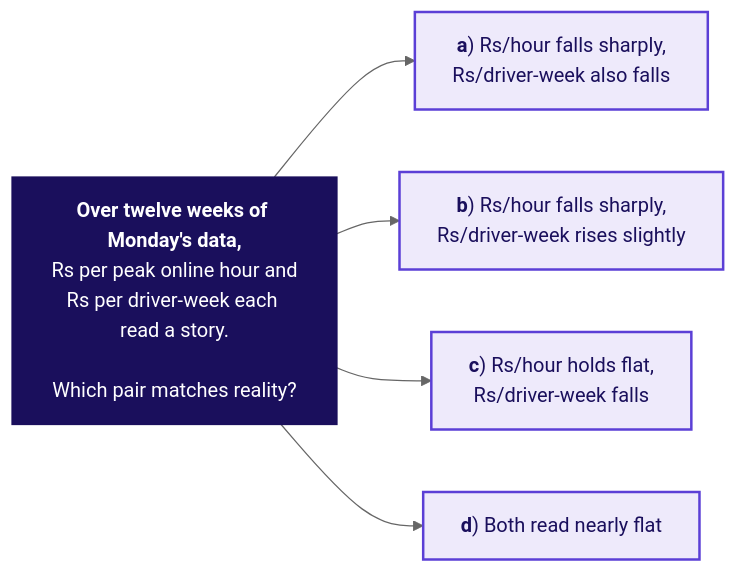
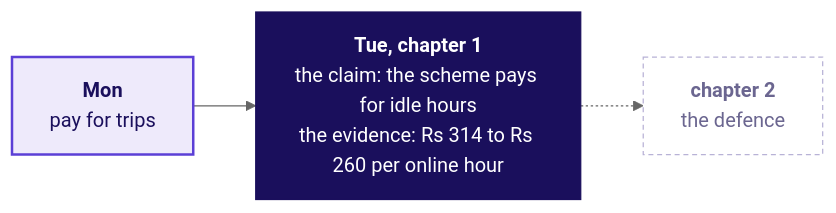
One commit to fde-academy-lab/c2-content-factory changed the third of 5 diagrams in content/W04/D2/slides/C2_W04_D02_half1_STUDENT.md. Above: the diagram before and after it, drawn with Mermaid (neutral theme). The commit also changed other lines of this file and 8 other files, not shown here.

````diff
--- a/content/W04/D2/slides/C2_W04_D02_half1_STUDENT.md
+++ b/content/W04/D2/slides/C2_W04_D02_half1_STUDENT.md
@@ -253,16 +398,11 @@
 ```mermaid
 flowchart LR
-    A["<b>Over twelve weeks of Monday's data,</b><br/>Rs per peak online hour and<br/>Rs per driver-week each read a story.<br/><br/>Which pair matches reality?"]
-    B["<b>a</b>) Rs/hour falls sharply,<br/>Rs/driver-week also falls"]
-    C["<b>b</b>) Rs/hour falls sharply,<br/>Rs/driver-week rises slightly"]
-    D["<b>c</b>) Rs/hour holds flat,<br/>Rs/driver-week falls"]
-    E["<b>d</b>) Both read nearly flat"]
-    A --> B
-    A --> C
-    A --> D
-    A --> E
+    M["<b>Mon</b><br/>pay for trips"] --> T["<b>Tue, chapter 1</b><br/>the claim: the scheme pays for idle hours<br/>the evidence: Rs 314 to Rs 260 per online hour"]
+    T -.-> N["<b>chapter 2</b><br/>the defence"]
+    classDef known fill:#EEEAFB,stroke:#5B3FD6,color:#1A0F5C,stroke-width:2px
     classDef lit fill:#1A0F5C,stroke:#1A0F5C,color:#FFFFFF
-    classDef known fill:#EEEAFB,stroke:#5B3FD6,color:#1A0F5C,stroke-width:2px
-    class A lit
-    class B,C,D,E known
+    classDef unknown fill:#FFFFFF,stroke:#B8B2D6,color:#6B6690,stroke-dasharray:4 3
+    class M known
+    class T lit
+    class N unknown
 ```
````
